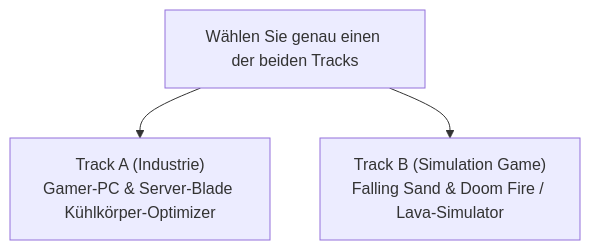
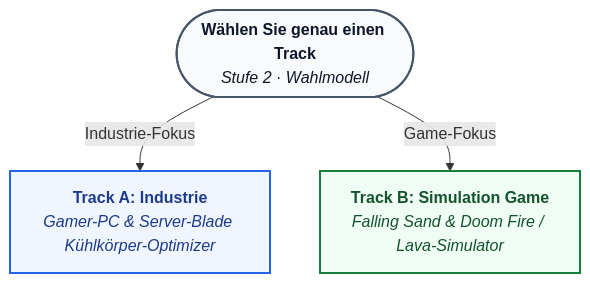
One commit to ghackenberg/kurs-computer-simulation changed the diagram in Kapitel/02_Pixelgrafik_und_FDM/Uebung/Aufgabenblatt.md. Above: the diagram before and after it, drawn with Mermaid. The commit also changed 4 other files, not shown here.

Commit message:
style(exercises): add bold/italic labels and per-node colors to Track Mermaid flowcharts

````diff
--- a/Kapitel/02_Pixelgrafik_und_FDM/Uebung/Aufgabenblatt.md
+++ b/Kapitel/02_Pixelgrafik_und_FDM/Uebung/Aufgabenblatt.md
@@ -106,5 +106,8 @@
 ```mermaid
 flowchart TD
-    Choice["Wählen Sie genau einen der beiden Tracks"] --> A["Track A (Industrie)<br/>Gamer-PC & Server-Blade Kühlkörper-Optimizer"]
-    Choice --> B["Track B (Simulation Game)<br/>Falling Sand & Doom Fire / Lava-Simulator"]
+    Choice(["<b>Wählen Sie genau einen Track</b><br/><i>Stufe 2 · Wahlmodell</i>"]) -->|Industrie-Fokus| A["<b>Track A: Industrie</b><br/><i>Gamer-PC & Server-Blade Kühlkörper-Optimizer</i>"]
+    Choice -->|Game-Fokus| B["<b>Track B: Simulation Game</b><br/><i>Falling Sand & Doom Fire / Lava-Simulator</i>"]
+    style Choice fill:#f8fafc,stroke:#475569,stroke-width:2px,color:#0f172a
+    style A fill:#eff6ff,stroke:#2563eb,stroke-width:2px,color:#1e3a8a
+    style B fill:#f0fdf4,stroke:#15803d,stroke-width:2px,color:#14532d
 ```
````
